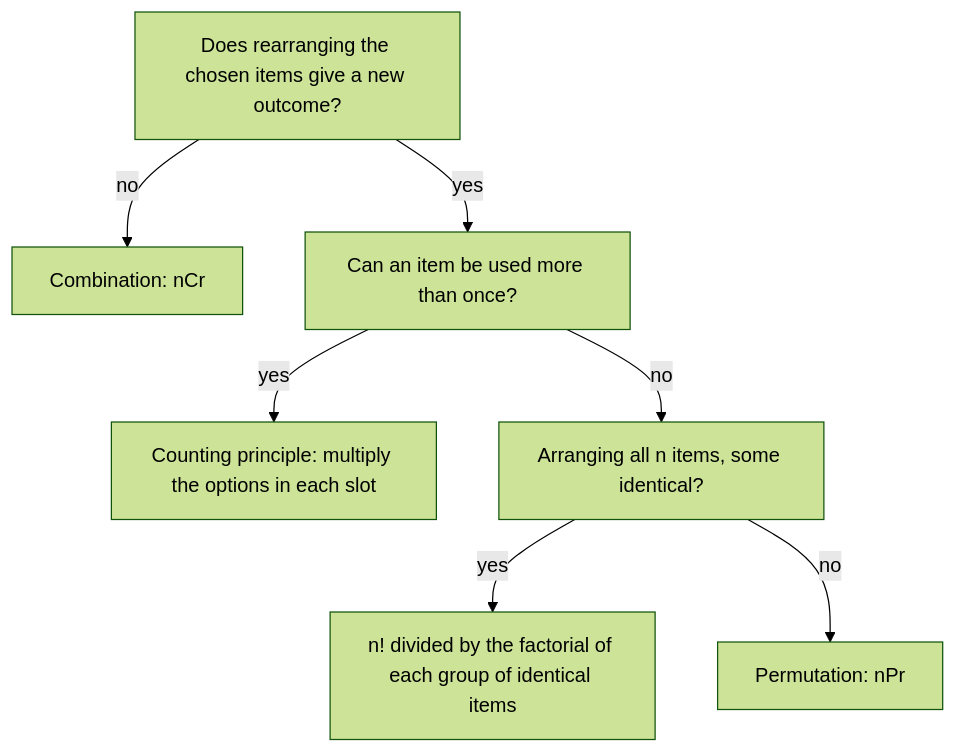
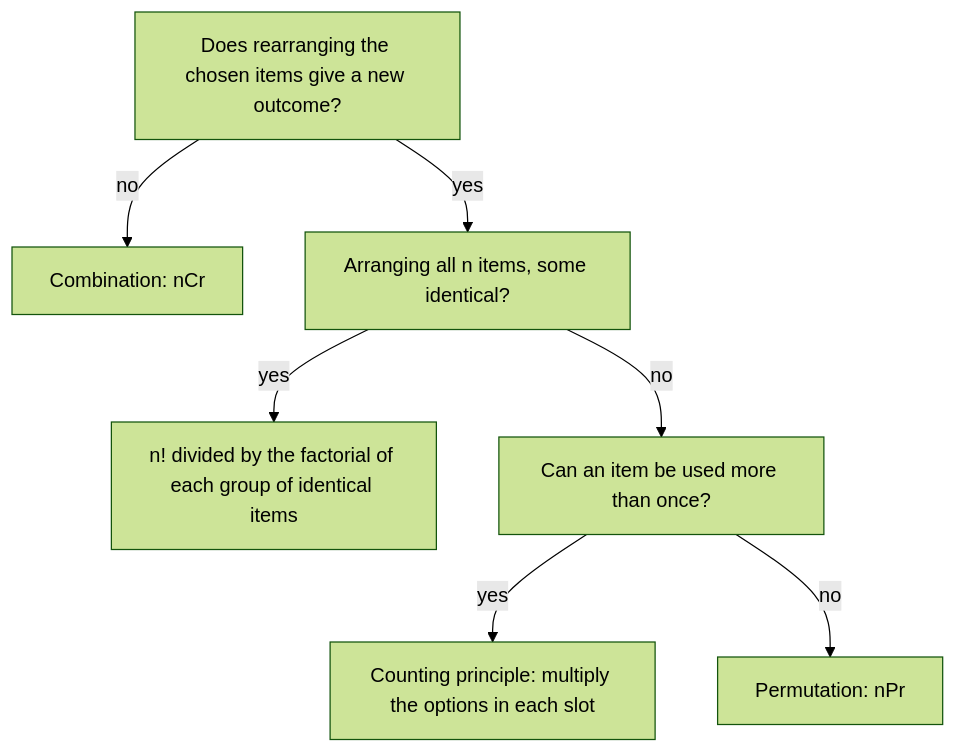
Before and after one commit to Aziliz/erudior: the diagram in content/math/algebra2/lessons/25-counting.md, drawn with Mermaid (forest theme). The commit also changed 18 other files, not shown here.

````diff
--- a/content/math/algebra2/lessons/25-counting.md
+++ b/content/math/algebra2/lessons/25-counting.md
@@ -122,11 +122,11 @@
 ```mermaid
 flowchart TD
   accTitle: Choosing a counting method
-  accDescr: First ask whether rearranging the chosen items gives a different outcome. If not, order does not matter, so use combinations, n C r. If it does, ask whether an item can be used more than once. If repeats are allowed, use the counting principle and multiply the options in each slot, as in 10 to the 4th for a 4-digit PIN. If repeats are not allowed, ask whether you are arranging all of the items with some of them identical. If so, divide n factorial by the factorial of each group of identical items. Otherwise use permutations, n P r.
+  accDescr: First ask whether rearranging the chosen items gives a different outcome. If not, order does not matter, so use combinations, n C r. If it does, ask whether you are arranging all n items with some of them identical, like the letters of a word with repeated letters. If so, divide n factorial by the factorial of each group of identical items. If not, ask whether an item can be used more than once. If repeats are allowed, use the counting principle and multiply the options in each slot, as in 10 to the 4th for a 4-digit PIN. If repeats are not allowed, use permutations, n P r.
   A["Does rearranging the chosen items give a new outcome?"] -- no --> C["Combination: nCr"]
-  A -- yes --> B["Can an item be used more than once?"]
+  A -- yes --> D["Arranging all n items, some identical?"]
+  D -- yes --> I["n! divided by the factorial of each group of identical items"]
+  D -- no --> B["Can an item be used more than once?"]
   B -- yes --> R["Counting principle: multiply the options in each slot"]
-  B -- no --> D["Arranging all n items, some identical?"]
-  D -- yes --> I["n! divided by the factorial of each group of identical items"]
-  D -- no --> P["Permutation: nPr"]
+  B -- no --> P["Permutation: nPr"]
 ```
````
